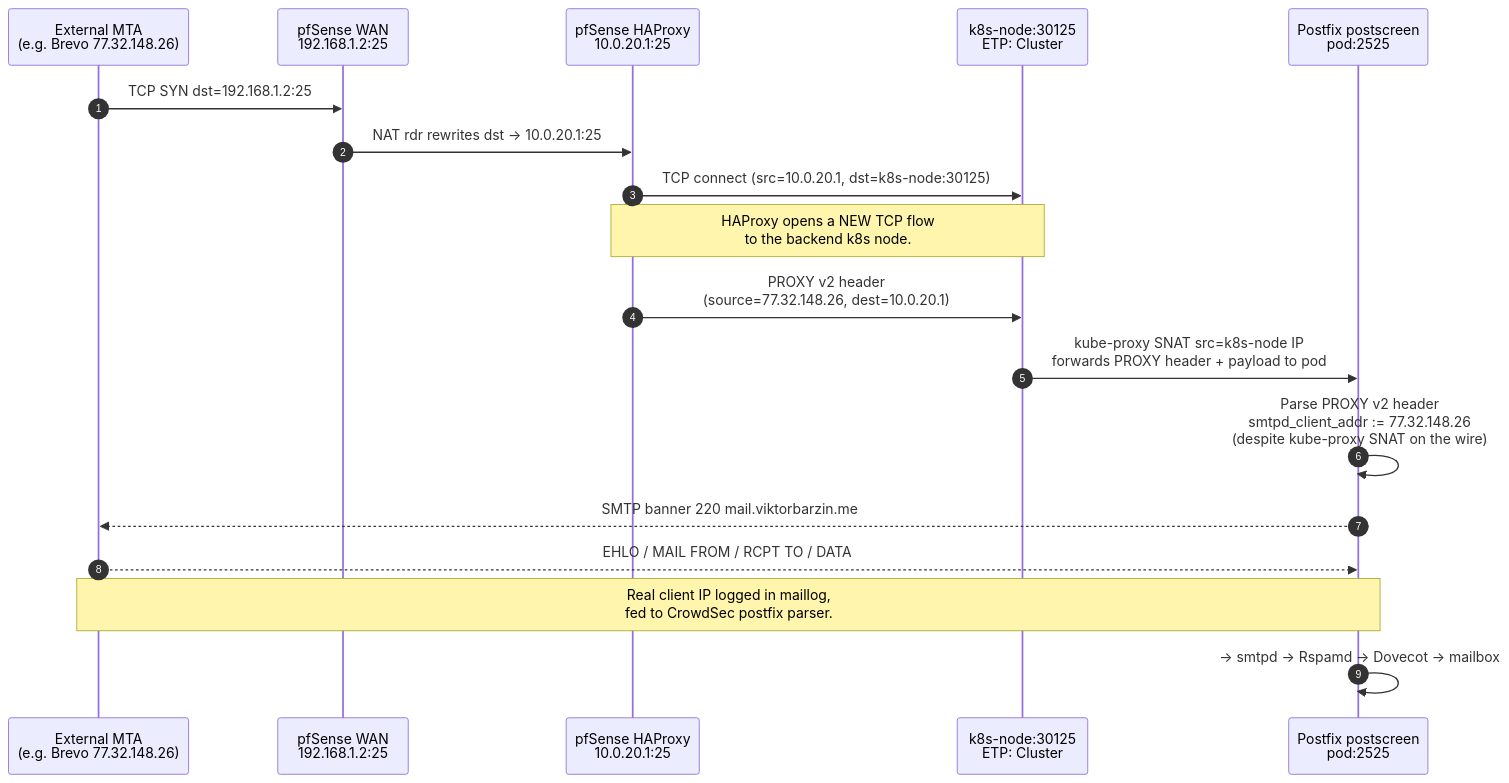
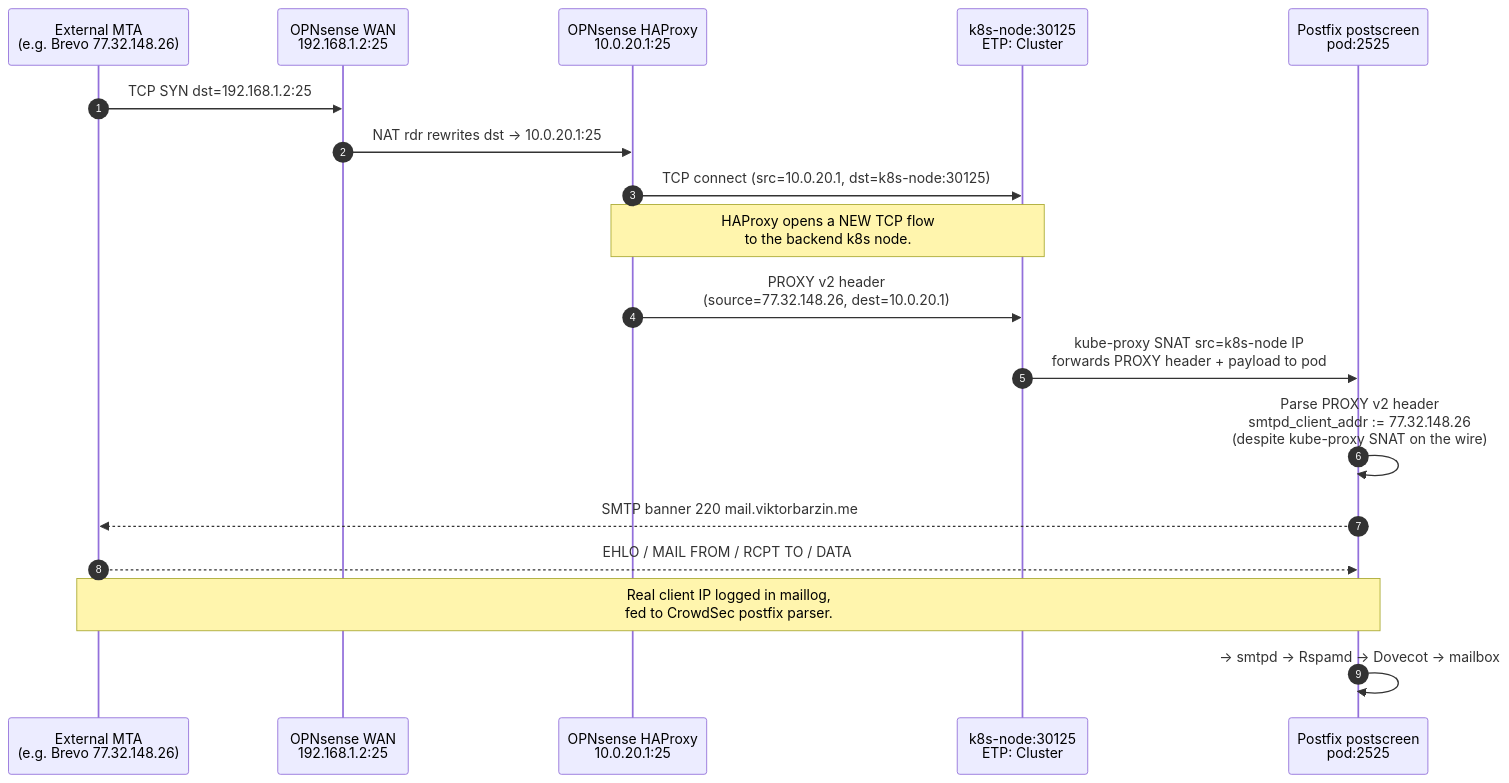
Before and after one commit to ViktorBarzin/infra: the second of 2 diagrams in docs/architecture/mailserver.md, drawn with Mermaid. The commit also changed other lines of this file and 53 other files, not shown here.

````diff
--- a/docs/architecture/mailserver.md
+++ b/docs/architecture/mailserver.md
@@ -81,21 +81,21 @@
 ```mermaid
 sequenceDiagram
     autonumber
     participant C as External MTA<br/>(e.g. Brevo 77.32.148.26)
-    participant PF as pfSense WAN<br/>192.168.1.2:25
-    participant HAP as pfSense HAProxy<br/>10.0.20.1:25
+    participant PF as OPNsense WAN<br/>192.168.1.2:25
+    participant HAP as OPNsense HAProxy<br/>10.0.20.1:25
     participant N as k8s-node:30125<br/>ETP: Cluster
     participant P as Postfix postscreen<br/>pod:2525
 
     C->>PF: TCP SYN dst=192.168.1.2:25
     PF->>HAP: NAT rdr rewrites dst → 10.0.20.1:25
     HAP->>N: TCP connect (src=10.0.20.1, dst=k8s-node:30125)
     Note over HAP,N: HAProxy opens a NEW TCP flow<br/>to the backend k8s node.
     HAP->>N: PROXY v2 header<br/>(source=77.32.148.26, dest=10.0.20.1)
     N->>P: kube-proxy SNAT src=k8s-node IP<br/>forwards PROXY header + payload to pod
     P->>P: Parse PROXY v2 header<br/>smtpd_client_addr := 77.32.148.26<br/>(despite kube-proxy SNAT on the wire)
     P-->>C: SMTP banner 220 mail.viktorbarzin.me
     C-->>P: EHLO / MAIL FROM / RCPT TO / DATA
     Note over P,C: Real client IP logged in maillog,<br/>fed to CrowdSec postfix parser.
     P->>P: → smtpd → Rspamd → Dovecot → mailbox
 ```
````
